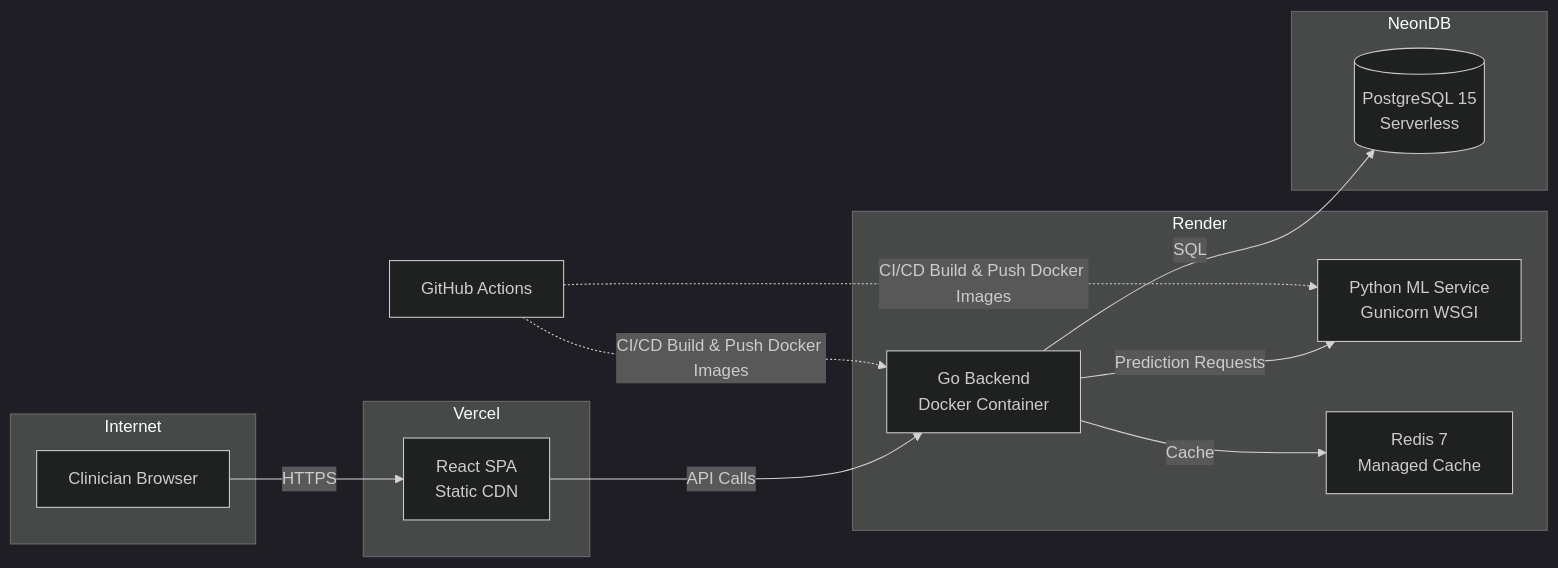
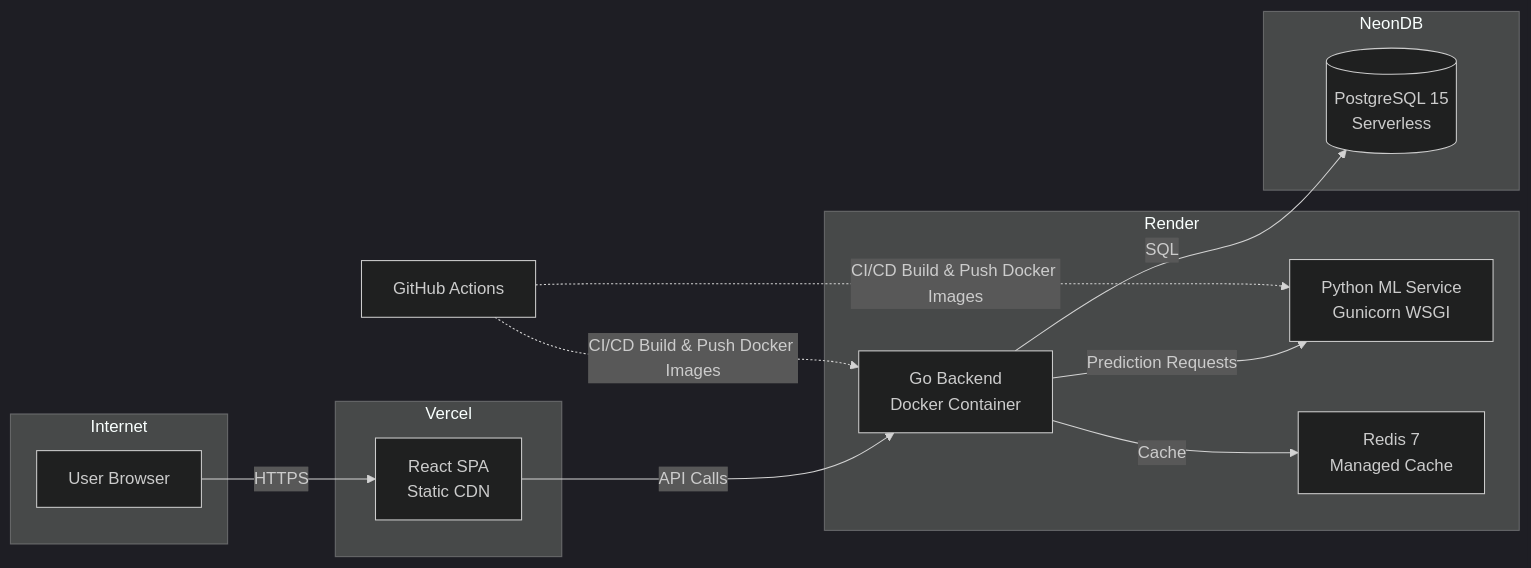
Before and after one commit to Skufu/DianaV2: the seventh of 7 diagrams in ch3+4.md, drawn with Mermaid (dark theme). The commit also changed other lines of this file and 100 other files, not shown here.

````diff
--- a/ch3+4.md
+++ b/ch3+4.md
@@ -1024,29 +1064,29 @@
 ```mermaid
 graph LR
     subgraph Internet
-        A[Clinician Browser]
+        A[User Browser]
     end
 
     subgraph Vercel
         B[React SPA<br/>Static CDN]
     end
 
     subgraph Render
         C[Go Backend<br/>Docker Container]
         D[Python ML Service<br/>Gunicorn WSGI]
         E[Redis 7<br/>Managed Cache]
     end
 
     subgraph NeonDB
         F[(PostgreSQL 15<br/>Serverless)]
     end
 
     A -->|HTTPS| B
     B -->|API Calls| C
     C -->|Prediction Requests| D
     C -->|SQL| F
     C -->|Cache| E
 
     G[GitHub Actions] -.->|CI/CD Build & Push Docker Images| C
     G -.->|CI/CD Build & Push Docker Images| D
 ```
````
